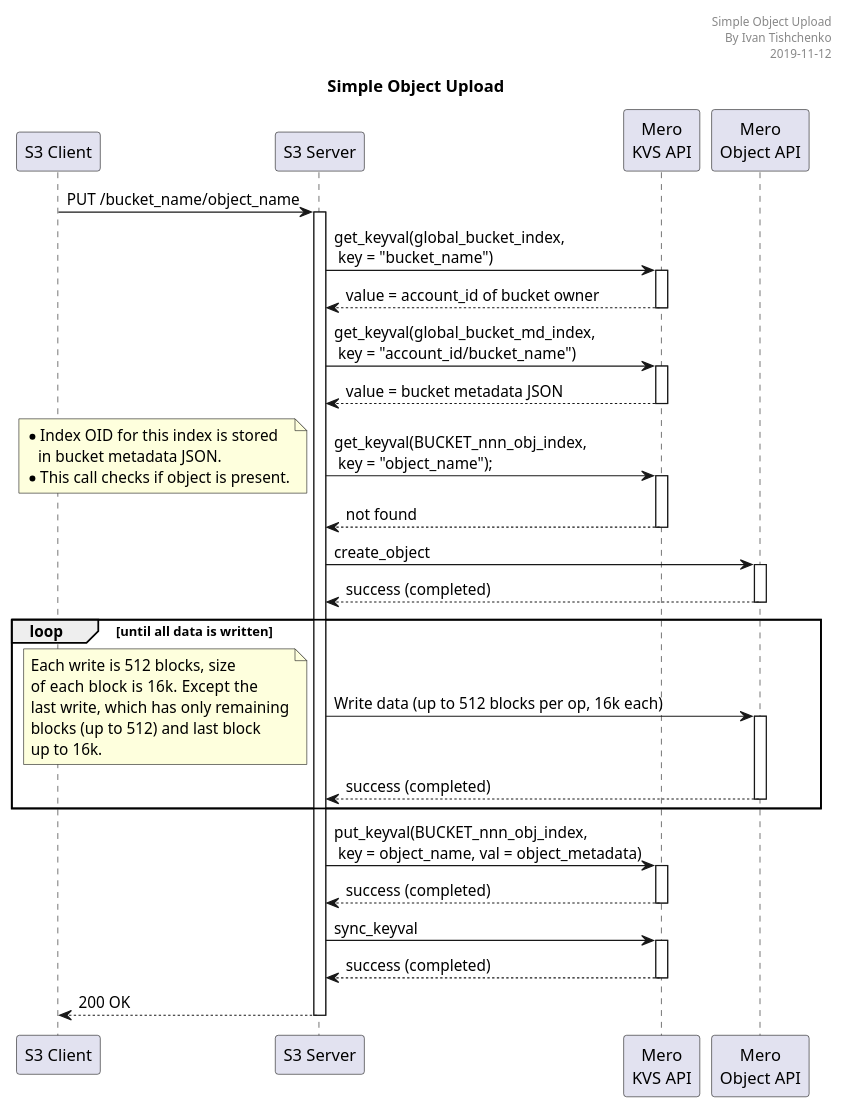
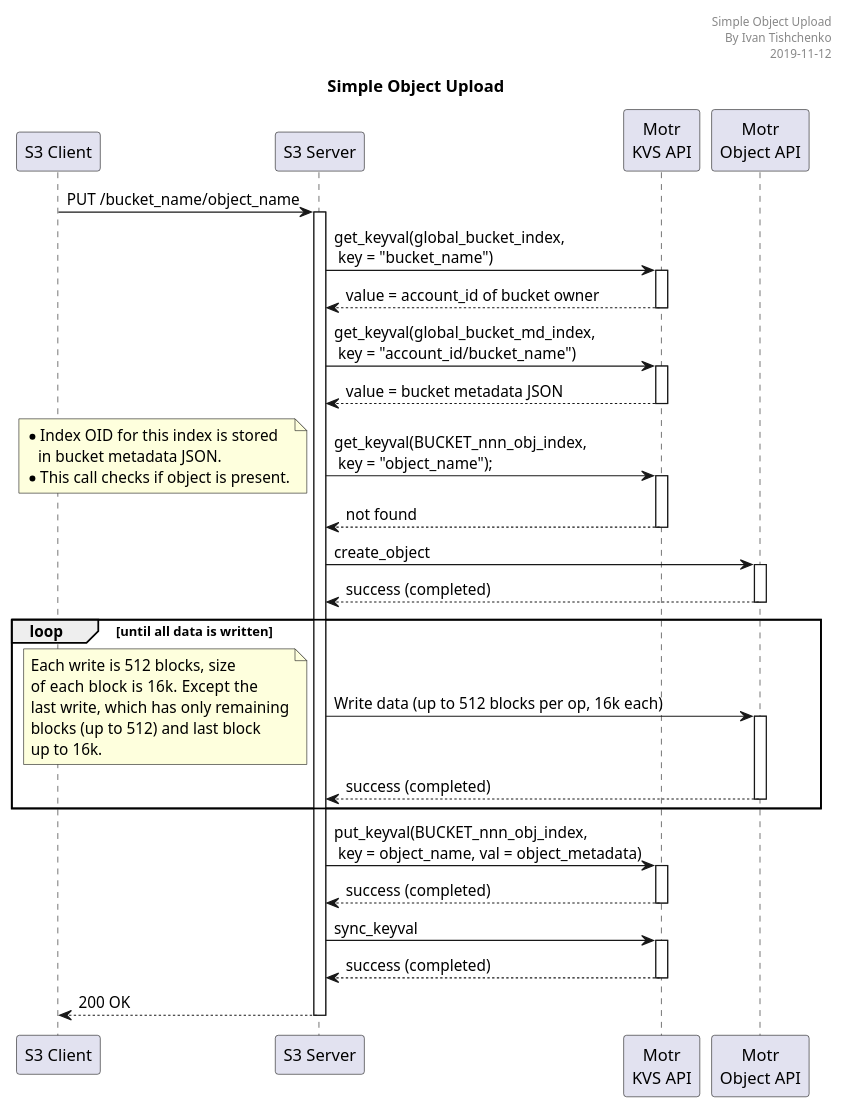
Before and after one commit to Seagate/cortx-s3server: the diagram in docs/sequencediagrams/put-object-clovis-ops/simple-object-upload.plantuml, drawn with PlantUML. The commit also changed 19 other files, not shown here.

```diff
--- a/docs/sequencediagrams/put-object-clovis-ops/simple-object-upload.plantuml
+++ b/docs/sequencediagrams/put-object-clovis-ops/simple-object-upload.plantuml
@@ -1,52 +1,52 @@
 @startuml
 
 header Simple Object Upload\n By Ivan Tishchenko\n2019-11-12
 title Simple Object Upload
 
 participant "S3 Client" as client
 participant "S3 Server" as server
-participant "Mero\nKVS API" as kvs
-participant "Mero\nObject API" as object
+participant "Motr\nKVS API" as kvs
+participant "Motr\nObject API" as object
 
 autoactivate on
 
 client -> server: PUT /bucket_name/object_name
 
 server -> kvs: get_keyval(global_bucket_index,\n key = "bucket_name")
 kvs --> server: value = account_id of bucket owner
 
 server -> kvs: get_keyval(global_bucket_md_index,\n key = "account_id/bucket_name")
 kvs --> server: value = bucket metadata JSON
 
 server -> kvs: get_keyval(BUCKET_nnn_obj_index,\n key = "object_name");
 note left
    * Index OID for this index is stored
       in bucket metadata JSON.
    * This call checks if object is present.
 end note
 kvs --> server: not found
 
 server -> object: create_object
 object --> server: success (completed)
 
 loop until all data is written
   server -> object: Write data (up to 512 blocks per op, 16k each)
   note left
     Each write is 512 blocks, size
     of each block is 16k.  Except the
     last write, which has only remaining
     blocks (up to 512) and last block
     up to 16k.
   end note
   object --> server: success (completed)
 end
 
 server -> kvs: put_keyval(BUCKET_nnn_obj_index,\n key = object_name, val = object_metadata)
 kvs --> server: success (completed)
 
 server -> kvs: sync_keyval
 kvs --> server: success (completed)
 
 server --> client: 200 OK
 
 @enduml
```
